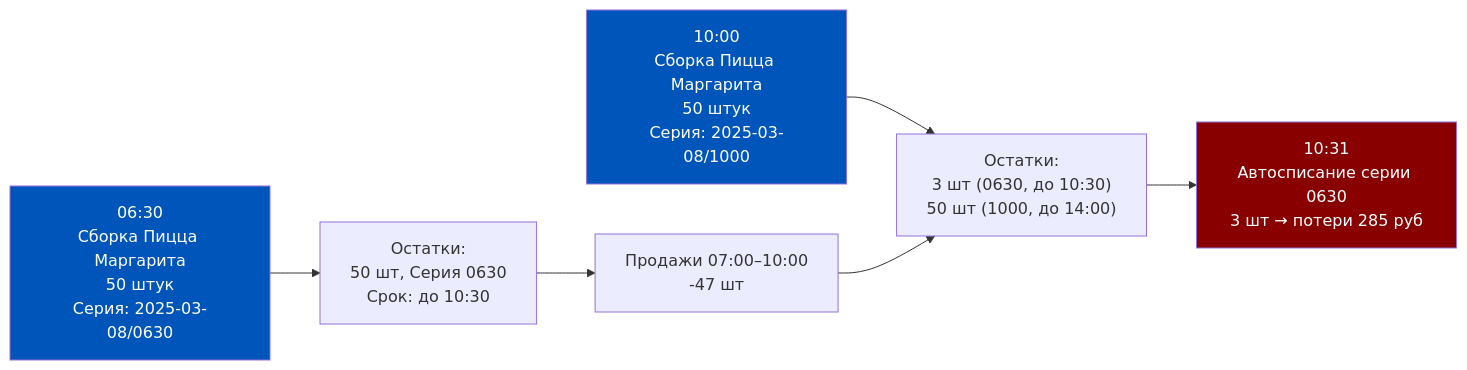
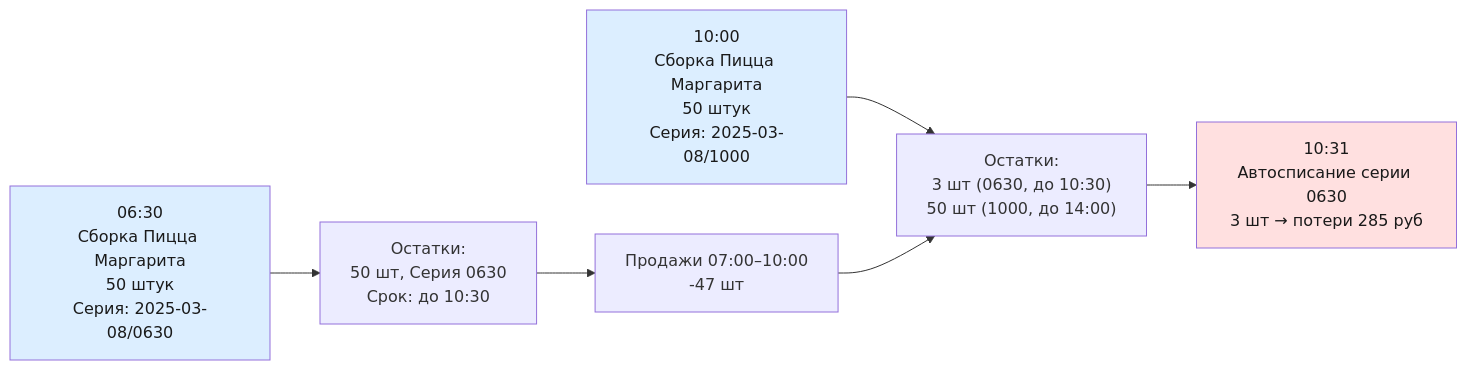
Before and after one commit to murad1986/1c-erp-quartz: the sixth of 9 diagrams in content/1c-erp/week_5/Неделя 5 - День 2 - Сборка и разборка товаров.md, drawn with Mermaid. The commit also changed other lines of this file and 57 other files, not shown here.

First line of the commit message:
fix: Mermaid — пастельные цвета в источниках диаграмм (56 файлов)

````diff
--- a/content/1c-erp/week_5/Неделя 5 - День 2 - Сборка и разборка товаров.md
+++ b/content/1c-erp/week_5/Неделя 5 - День 2 - Сборка и разборка товаров.md
@@ -340,12 +340,12 @@
 ```mermaid
 graph LR
     A["06:30<br/>Сборка Пицца Маргарита<br/>50 штук<br/>Серия: 2025-03-08/0630"] --> B["Остатки:<br/>50 шт, Серия 0630<br/>Срок: до 10:30"]
     B --> C["Продажи 07:00–10:00<br/>-47 шт"]
     B2["10:00<br/>Сборка Пицца Маргарита<br/>50 штук<br/>Серия: 2025-03-08/1000"] --> B3["Остатки:<br/>3 шт (0630, до 10:30)<br/>50 шт (1000, до 14:00)"]
     C --> B3
     B3 --> D["10:31<br/>Автосписание серии 0630<br/>3 шт → потери 285 руб"]
 
-    style A fill:#0055BB,color:#fff
-    style B2 fill:#0055BB,color:#fff
-    style D fill:#880000,color:#fff
+    style A fill:#dceeff,color:#1a1a1a
+    style B2 fill:#dceeff,color:#1a1a1a
+    style D fill:#ffe0e0,color:#1a1a1a
 ```
````
